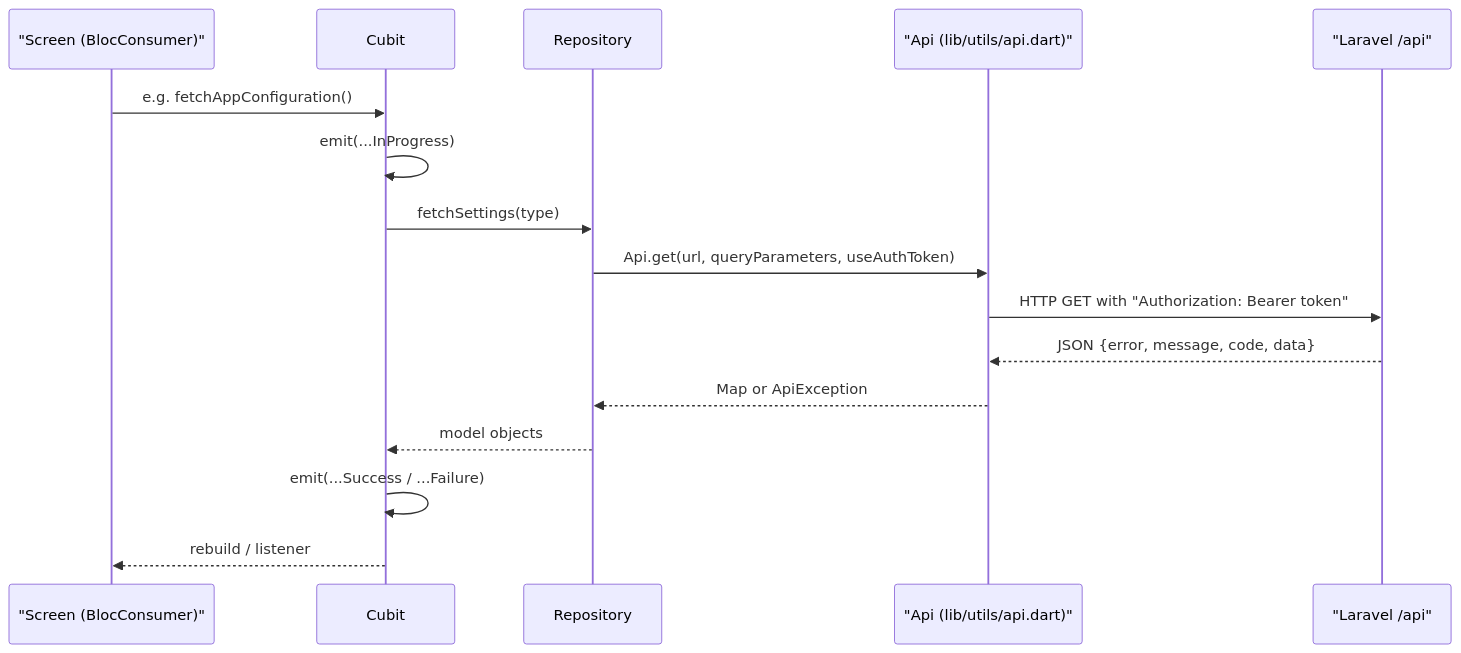
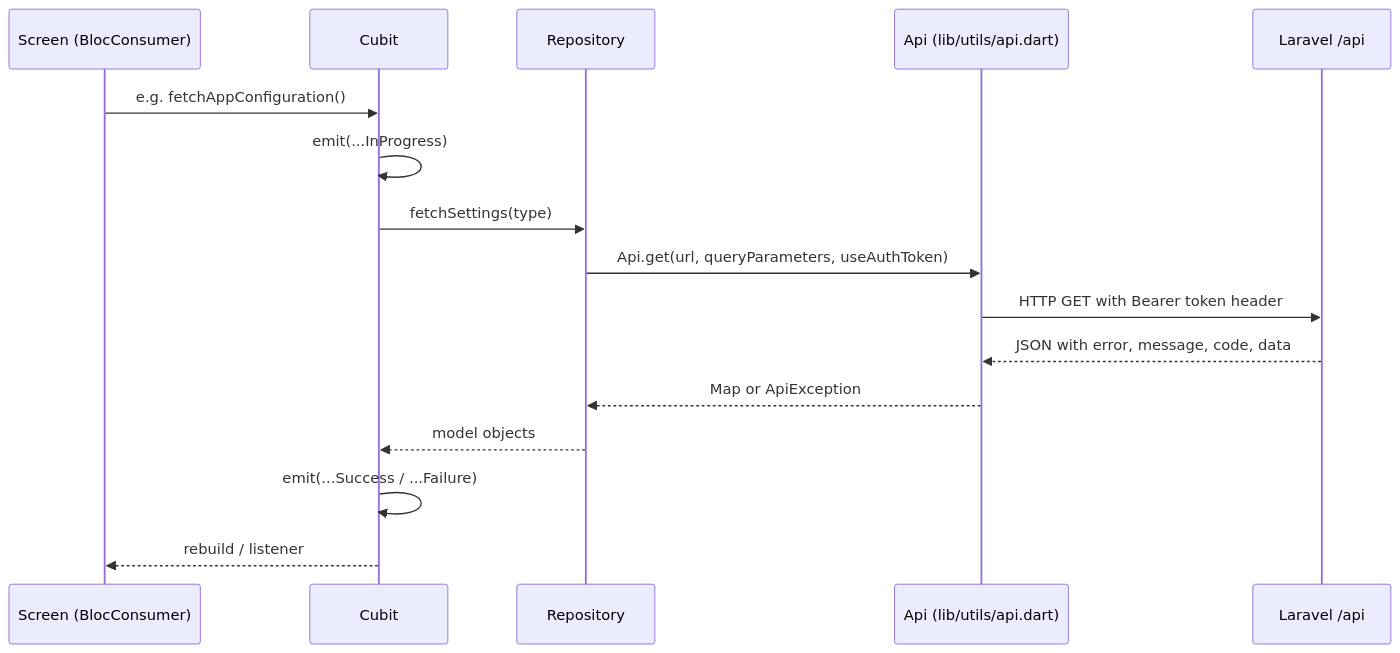
Before and after one commit to ShawnDaPrawn/Eschool: the diagram in wiki/Mobile-Apps-Overview.md, drawn with Mermaid. The commit also changed other lines of this file and 4 other files, not shown here.

````diff
--- a/wiki/Mobile-Apps-Overview.md
+++ b/wiki/Mobile-Apps-Overview.md
@@ -86,18 +86,18 @@
 ```mermaid
 sequenceDiagram
-    participant S as "Screen (BlocConsumer)"
+    participant S as Screen (BlocConsumer)
     participant C as Cubit
     participant R as Repository
-    participant A as "Api (lib/utils/api.dart)"
-    participant L as "Laravel /api"
+    participant A as Api (lib/utils/api.dart)
+    participant L as Laravel /api
     S->>C: e.g. fetchAppConfiguration()
     C->>C: emit(...InProgress)
     C->>R: fetchSettings(type)
     R->>A: Api.get(url, queryParameters, useAuthToken)
-    A->>L: HTTP GET with "Authorization: Bearer token"
-    L-->>A: JSON {error, message, code, data}
+    A->>L: HTTP GET with Bearer token header
+    L-->>A: JSON with error, message, code, data
     A-->>R: Map or ApiException
     R-->>C: model objects
     C->>C: emit(...Success / ...Failure)
     C-->>S: rebuild / listener
 ```
````
